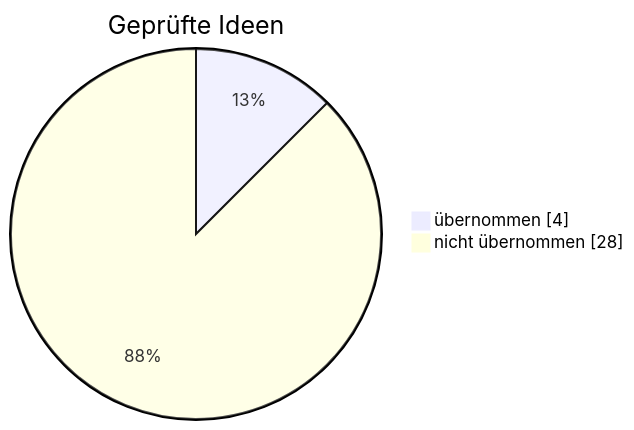
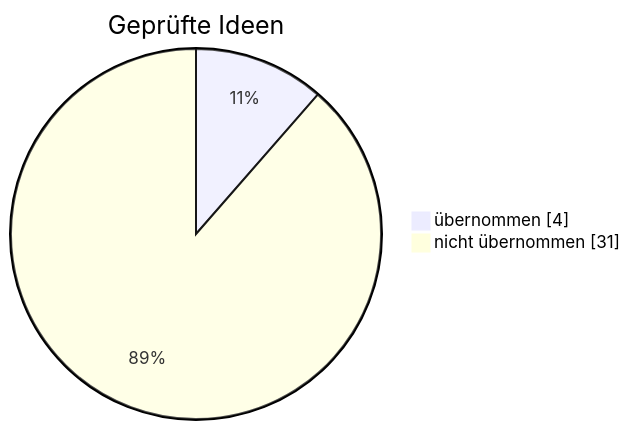
The diagram in gehirn/Notizen/Was der Bot schon weiß.md (sickingmalte-arch/Test-Bot), drawn with Mermaid before and after one commit. The commit also changed other lines of this file and 3 other files, not shown here.

First line of the commit message:
Gehirn: früher verkaufen ohne Schwung, Insider-Käufe und frühere S&P-500-Aktien geprüft (nicht übernommen)

````diff
--- a/gehirn/Notizen/Was der Bot schon weiß.md
+++ b/gehirn/Notizen/Was der Bot schon weiß.md
@@ -19,6 +19,6 @@
 ```mermaid
 pie showData
     title Geprüfte Ideen
     "übernommen" : 4
-    "nicht übernommen" : 28
+    "nicht übernommen" : 31
 ```
````
